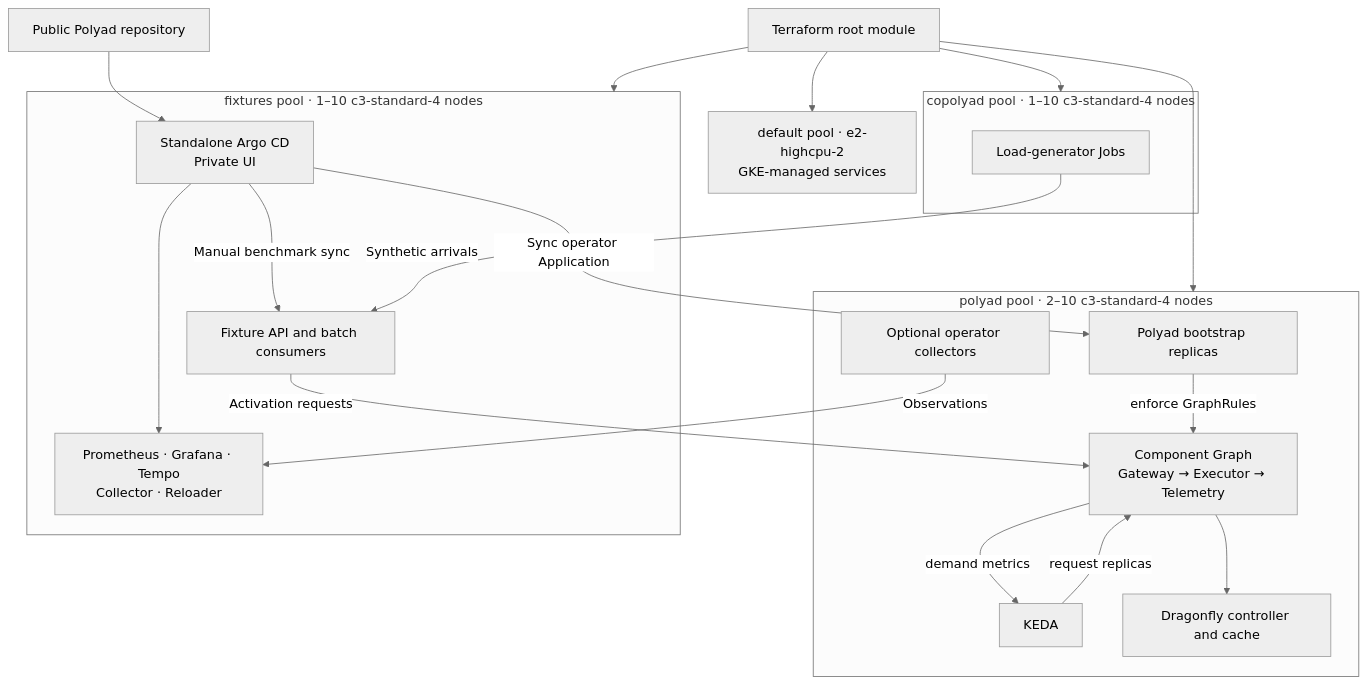
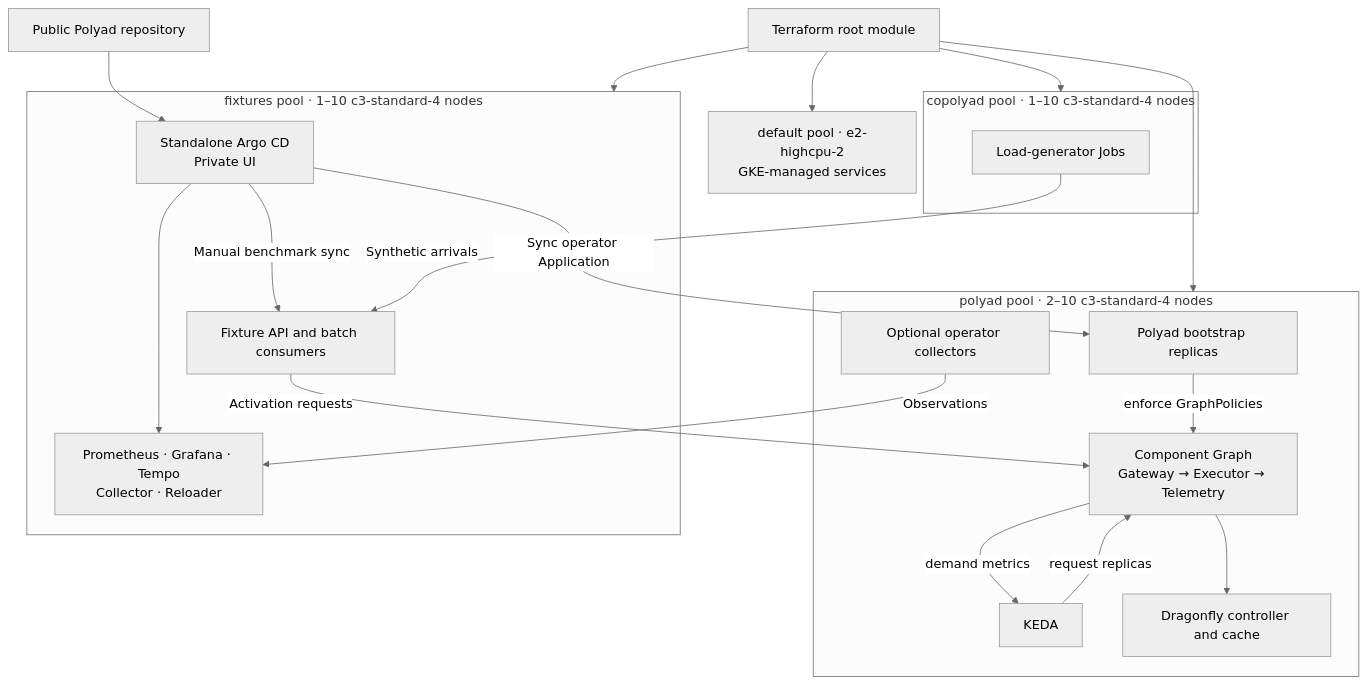
One commit to astrivant/polyad changed the diagram in terraform/README.md. Above: the diagram before and after it, drawn with Mermaid (neutral theme). The commit also changed other lines of this file and 182 other files, not shown here.

Commit message:
GraphPolicies rename

````diff
--- a/terraform/README.md
+++ b/terraform/README.md
@@ -80,33 +80,33 @@
 ```mermaid
 flowchart TB
     tf["Terraform root module"] --> system["default pool · e2-highcpu-2<br/>GKE-managed services"]
     tf --> op
     tf --> support
     tf --> producers
     subgraph op["polyad pool · 2–10 c3-standard-4 nodes"]
         bootstrap["Polyad bootstrap replicas"]
         pipeline["Component Graph<br/>Gateway → Executor → Telemetry"]
         keda["KEDA"]
         cache["Dragonfly controller and cache"]
         agents["Optional operator collectors"]
-        bootstrap -->|"enforce GraphRules"| pipeline
+        bootstrap -->|"enforce GraphPolicies"| pipeline
         pipeline -->|"demand metrics"| keda
         keda -->|"request replicas"| pipeline
         pipeline --> cache
     end
     subgraph support["fixtures pool · 1–10 c3-standard-4 nodes"]
         argo["Standalone Argo CD<br/>Private UI"]
         fixture["Fixture API and batch consumers"]
         monitoring["Prometheus · Grafana · Tempo<br/>Collector · Reloader"]
     end
     subgraph producers["copolyad pool · 1–10 c3-standard-4 nodes"]
         runner["Load-generator Jobs"]
     end
     git["Public Polyad repository"] --> argo
     argo -->|"Sync operator Application"| bootstrap
     argo -->|"Manual benchmark sync"| fixture
     argo --> monitoring
     runner -->|"Synthetic arrivals"| fixture
     fixture -->|"Activation requests"| pipeline
     agents -->|"Observations"| monitoring
 ```
````
